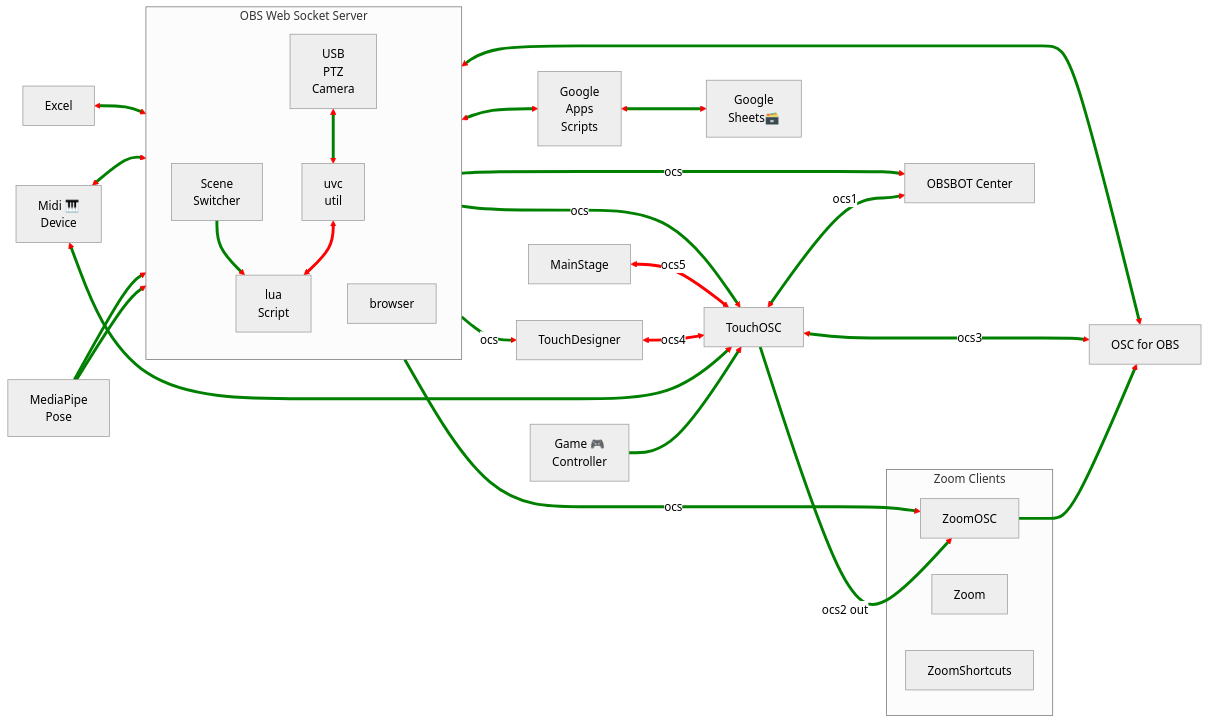
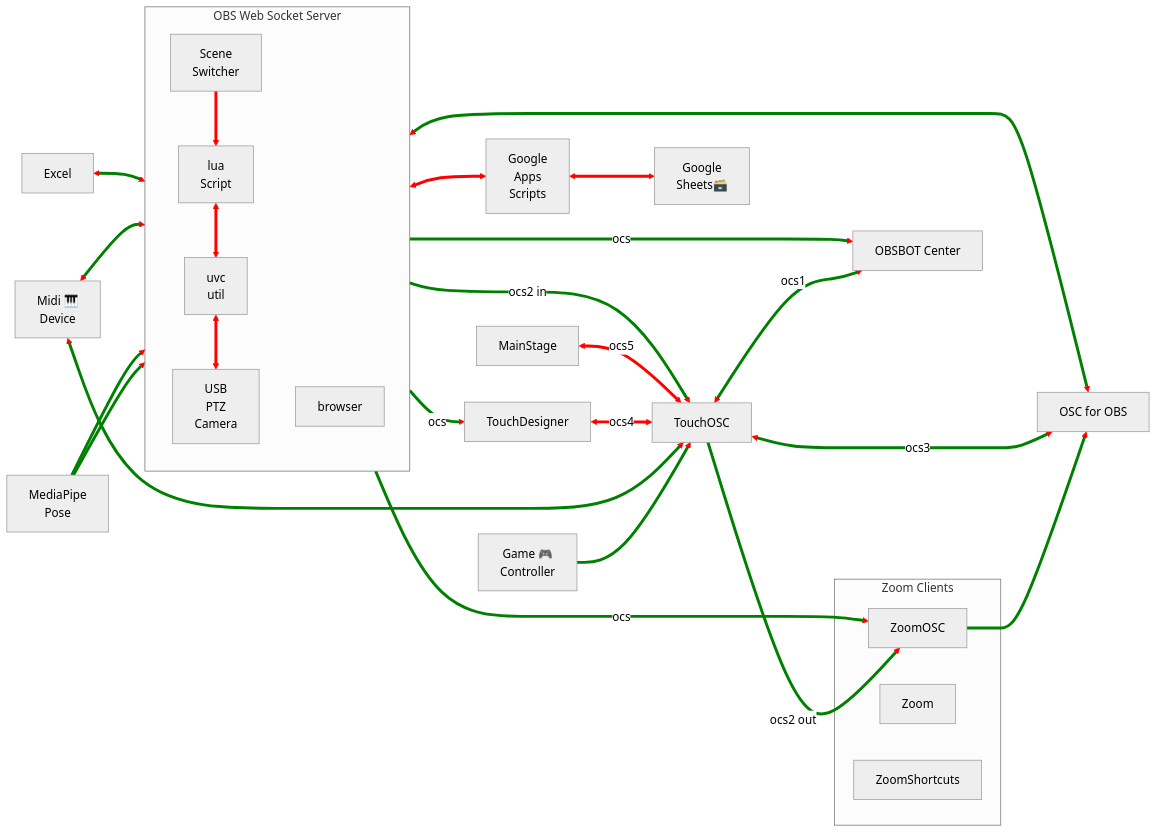
One commit to UUoocl/MediaPipe_for_OBS changed the second of 2 diagrams in README.md. Above: the diagram before and after it, drawn with Mermaid (neutral theme).

````diff
--- a/README.md
+++ b/README.md
@@ -86,55 +86,55 @@
 ```mermaid
-
 flowchart LR
 
 O4O["OSC for OBS"]
 XL[Excel]
 GC[Game 🎮\n Controller]
 MnStg[MainStage]
 TOSC[TouchOSC]
 TD[TouchDesigner]
 MP["MediaPipe \n Pose"]
 OBSBOT_Center["OBSBOT Center"]
 GAS["Google \n Apps \n Scripts"]
 GS["Google \n Sheets🗃️"]
 Midi["Midi 🎹 \n Device"]
 
 GC-->TOSC
 MP -->ss
 MP -->obs-b
 ZOSC-->O4O
 TOSC<--"ocs1"-->OBSBOT_Center
 TOSC --"ocs2 out"--> ZOSC
 TOSC <--"ocs3"--> O4O
-obs-b<-->GAS
-GAS<-->GS
 XL <--> OBS
 O4O<-->OBS
 Midi <--> TOSC
 Midi<-->ss
 ss--"ocs"-->TD
-ss--"ocs"-->TOSC
+ss--"ocs2 in"-->TOSC
 ss--"ocs"-->ZOSC
 ss--"ocs"-->OBSBOT_Center
 
 subgraph Zoom Clients
     Zoom
     ZoomShortcuts
     ZOSC[ZoomOSC]
 end
 
 subgraph OBS[OBS Web Socket Server]
     direction TB
-    ss-->lua
-    camera["USB \n PTZ \n Camera"]<-->util
-    util["uvc \n util"]<-->lua["lua \n Script"]
+    lua["lua \n Script"]
     obs-b[browser]
     ss["Scene \n Switcher"]
+    ss-->lua
+    lua<-->util["uvc \n util"]
+    util<-->camera["USB \n PTZ \n Camera"]
 end
 
+obs-b<-->GAS
+GAS<-->GS
 TD<--"ocs4"-->TOSC
 MnStg<--"ocs5"-->TOSC
 
 linkStyle default stroke-width:4px,fill:none,stroke:red;
-linkStyle 0,1,2,3,4,5,6,7,8,9,10,11,12,13,14,15,16,17,18 stroke-width:4px,fill:none,stroke:green;
+linkStyle 0,1,2,3,4,5,6,7,8,9,10,11,12,13,14 stroke-width:4px,fill:none,stroke:green;
 ```
````
